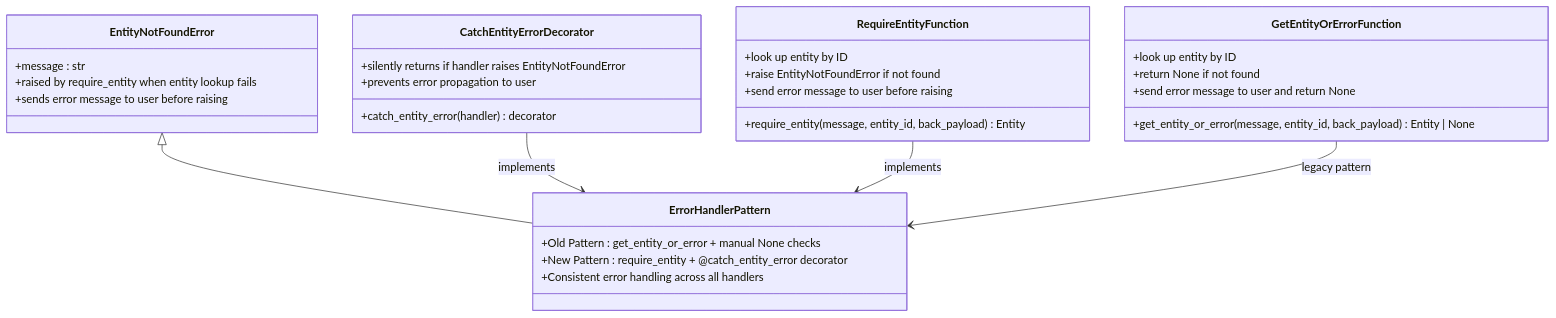
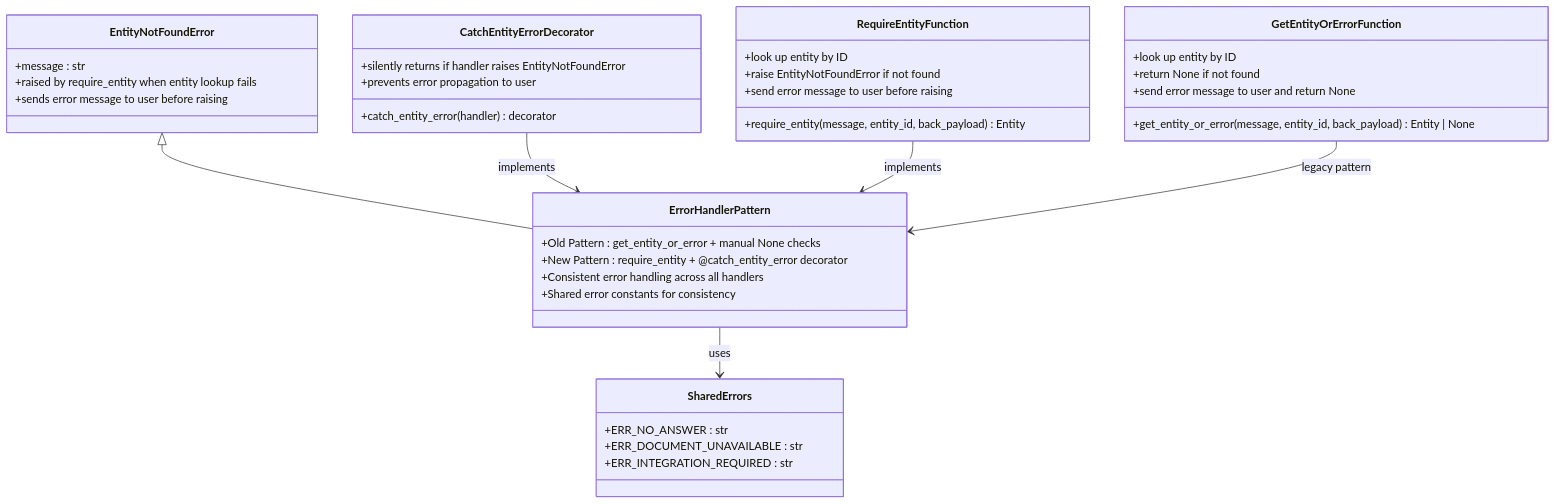
Diagram 23 of 35 in .qoder/repowiki/en/content/VK Integration/VK Integration.md (ognelis/cafetera_hr_bot), drawn with Mermaid before and after one commit. The commit also changed other lines of this file and 51 other files, not shown here.

````diff
--- a/.qoder/repowiki/en/content/VK Integration/VK Integration.md
+++ b/.qoder/repowiki/en/content/VK Integration/VK Integration.md
@@ -920,34 +1228,41 @@
 ```mermaid
 classDiagram
 class EntityNotFoundError {
 +message : str
 +raised by require_entity when entity lookup fails
 +sends error message to user before raising
 }
 class CatchEntityErrorDecorator {
 +catch_entity_error(handler) decorator
 +silently returns if handler raises EntityNotFoundError
 +prevents error propagation to user
 }
 class RequireEntityFunction {
 +require_entity(message, entity_id, back_payload) Entity
 +look up entity by ID
 +raise EntityNotFoundError if not found
 +send error message to user before raising
 }
 class GetEntityOrErrorFunction {
 +get_entity_or_error(message, entity_id, back_payload) Entity | None
 +look up entity by ID
 +return None if not found
 +send error message to user and return None
 }
+class SharedErrors {
++ERR_NO_ANSWER : str
++ERR_DOCUMENT_UNAVAILABLE : str
++ERR_INTEGRATION_REQUIRED : str
+}
 class ErrorHandlerPattern {
 +Old Pattern : get_entity_or_error + manual None checks
 +New Pattern : require_entity + @catch_entity_error decorator
 +Consistent error handling across all handlers
++Shared error constants for consistency
 }
 EntityNotFoundError <|-- ErrorHandlerPattern
 CatchEntityErrorDecorator --> ErrorHandlerPattern : implements
 RequireEntityFunction --> ErrorHandlerPattern : implements
 GetEntityOrErrorFunction --> ErrorHandlerPattern : legacy pattern
+ErrorHandlerPattern --> SharedErrors : uses
 ```
````
